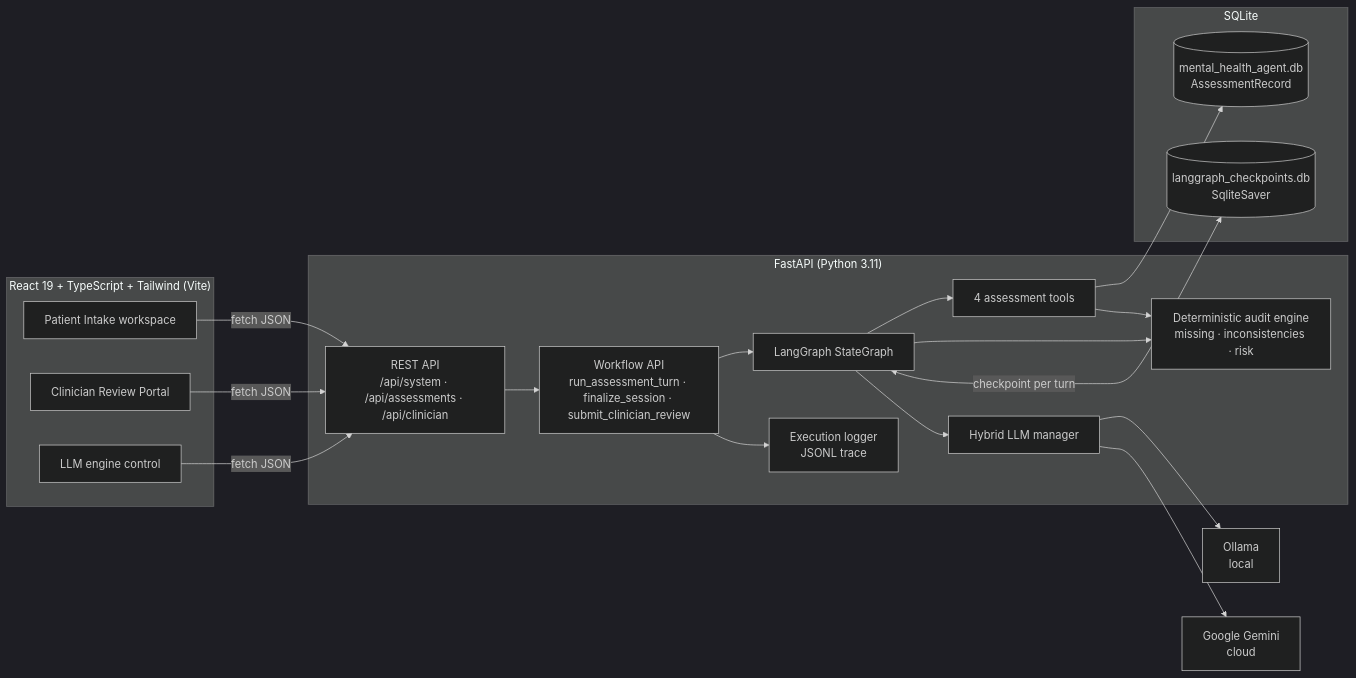
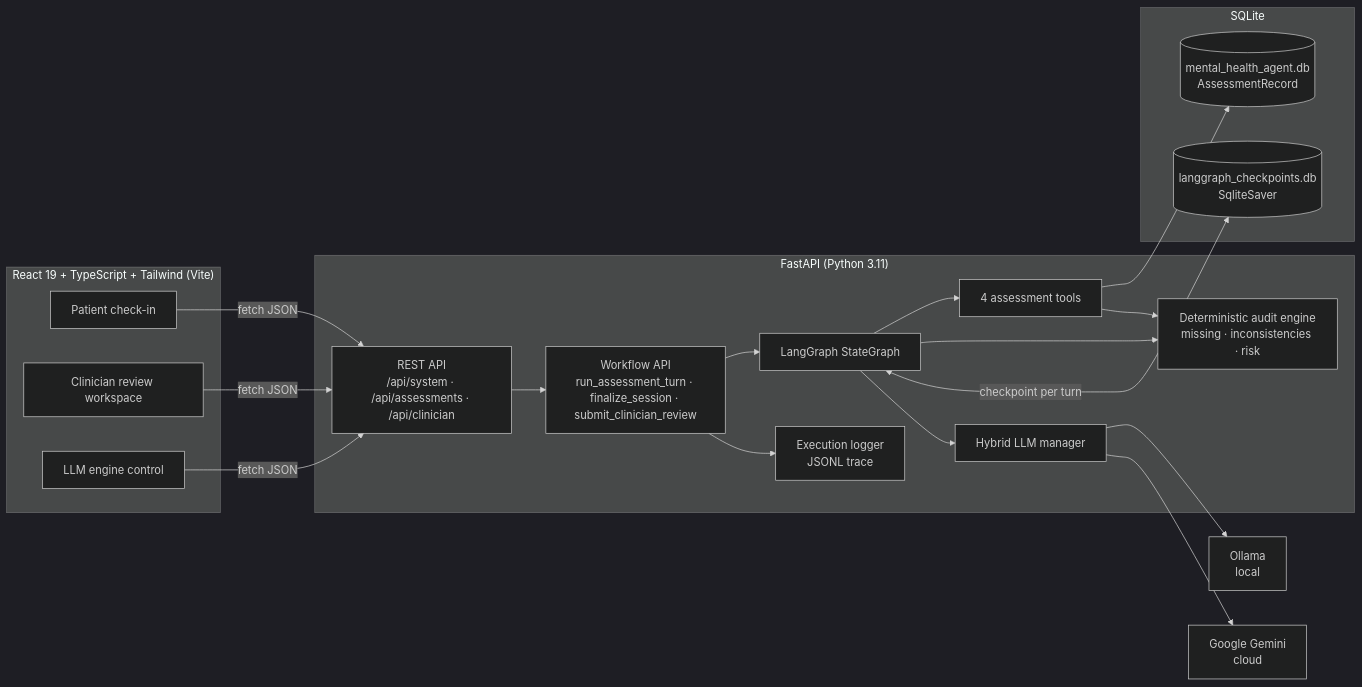
The first of 2 diagrams in README.md (azharhussaincs/MidTermPaper), drawn with Mermaid (dark theme) before and after one commit. The commit also changed other lines of this file and 225 other files, not shown here.

````diff
--- a/README.md
+++ b/README.md
@@ -70,31 +70,31 @@
 ```mermaid
 flowchart LR
     subgraph Frontend["React 19 + TypeScript + Tailwind (Vite)"]
-        PW[Patient Intake workspace]
-        CW[Clinician Review Portal]
+        PW[Patient check-in]
+        CW[Clinician review workspace]
         TB[LLM engine control]
     end
     subgraph Backend["FastAPI (Python 3.11)"]
         API[REST API<br/>/api/system · /api/assessments · /api/clinician]
         WF[Workflow API<br/>run_assessment_turn · finalize_session · submit_clinician_review]
         G[LangGraph StateGraph]
         T[4 assessment tools]
         AU[Deterministic audit engine<br/>missing · inconsistencies · risk]
         LLM[Hybrid LLM manager]
         EL[Execution logger<br/>JSONL trace]
     end
     subgraph Storage["SQLite"]
         DB[(mental_health_agent.db<br/>AssessmentRecord)]
         CK[(langgraph_checkpoints.db<br/>SqliteSaver)]
     end
     OL[Ollama<br/>local]
     GE[Google Gemini<br/>cloud]
 
     PW & CW & TB -->|fetch JSON| API --> WF --> G
     G --> T --> DB
     T --> AU
     G --> AU
     G <-->|checkpoint per turn| CK
     G --> LLM --> OL & GE
     WF --> EL
 ```
````
